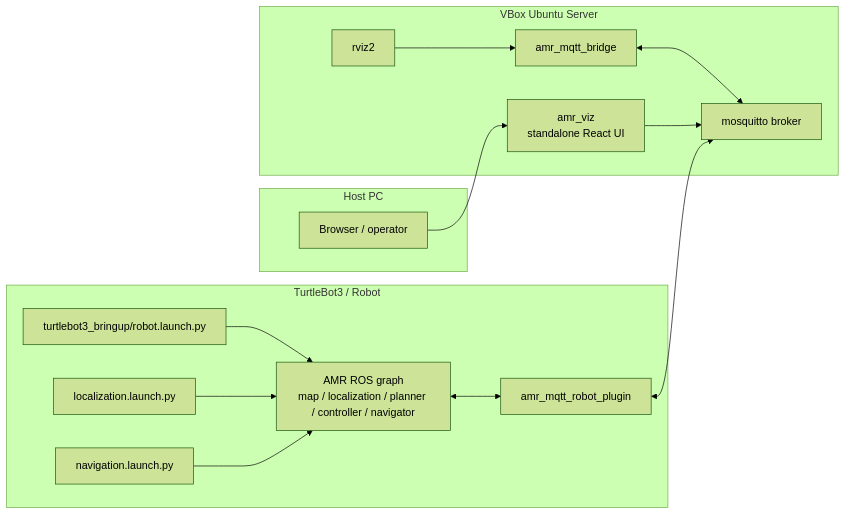
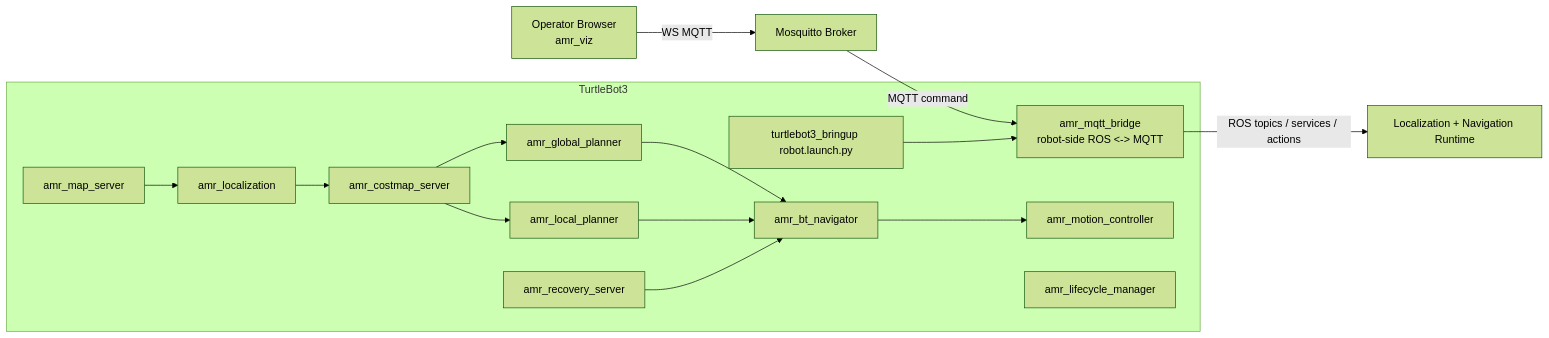
One commit to reidlo5135/ros-amr-navigation changed the diagram in README.md. Above: the diagram before and after it, drawn with Mermaid (forest theme). The commit also changed other lines of this file and 82 other files, not shown here.

Commit message:
refactor: consolidate mqtt bridge and remove unused packages

````diff
--- a/README.md
+++ b/README.md
@@ -8,33 +15,29 @@
 ```mermaid
 flowchart LR
-    subgraph Robot["TurtleBot3 / Robot"]
-        TB3Bringup["turtlebot3_bringup/robot.launch.py"]
-        Loc["localization.launch.py"]
-        Nav["navigation.launch.py"]
-        Plugin["amr_mqtt_robot_plugin"]
-        Stack["AMR ROS graph
-map / localization / planner / controller / navigator"]
-        TB3Bringup --> Stack
-        Loc --> Stack
-        Nav --> Stack
-        Stack <--> Plugin
+    Browser["Operator Browser<br/>amr_viz"] -->|WS MQTT| Broker["Mosquitto Broker"]
+    Broker -->|MQTT command| RobotBridge["amr_mqtt_bridge<br/>robot-side ROS <-> MQTT"]
+    RobotBridge -->|ROS topics / services / actions| Nav["Localization + Navigation Runtime"]
+
+    subgraph TB3["TurtleBot3"]
+        TB3Bringup["turtlebot3_bringup robot.launch.py"]
+        RobotBridge
+        MapServer["amr_map_server"]
+        Localization["amr_localization"]
+        Costmap["amr_costmap_server"]
+        GlobalPlanner["amr_global_planner"]
+        LocalPlanner["amr_local_planner"]
+        Motion["amr_motion_controller"]
+        Recovery["amr_recovery_server"]
+        Navigator["amr_bt_navigator"]
+        Lifecycle["amr_lifecycle_manager"]
+        TB3Bringup --> RobotBridge
+        MapServer --> Localization
+        Localization --> Costmap
+        Costmap --> GlobalPlanner
+        Costmap --> LocalPlanner
+        GlobalPlanner --> Navigator
+        LocalPlanner --> Navigator
+        Recovery --> Navigator
+        Navigator --> Motion
     end
-
-    subgraph VBox["VBox Ubuntu Server"]
-        Broker["mosquitto broker"]
-        Bridge["amr_mqtt_bridge"]
-        RViz["rviz2"]
-        Viz["amr_viz
-standalone React UI"]
-        Bridge <--> Broker
-        RViz --> Bridge
-        Viz --> Broker
-    end
-
-    subgraph Host["Host PC"]
-        Browser["Browser / operator"]
-    end
-
-    Plugin <--> Broker
-    Browser --> Viz
 ```
````
